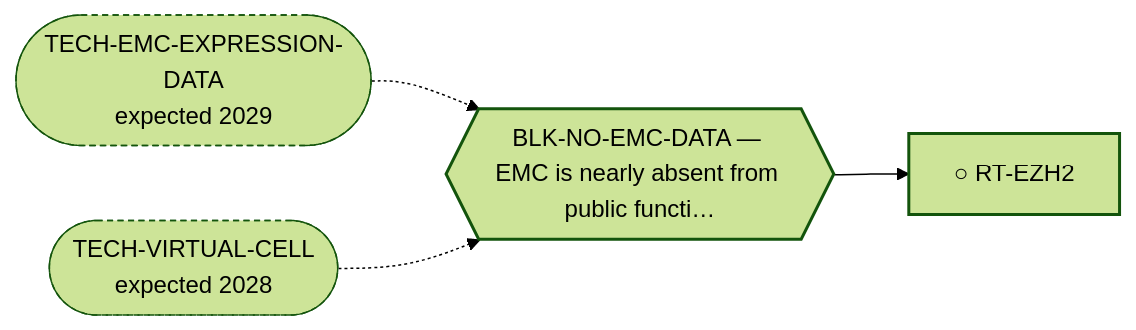
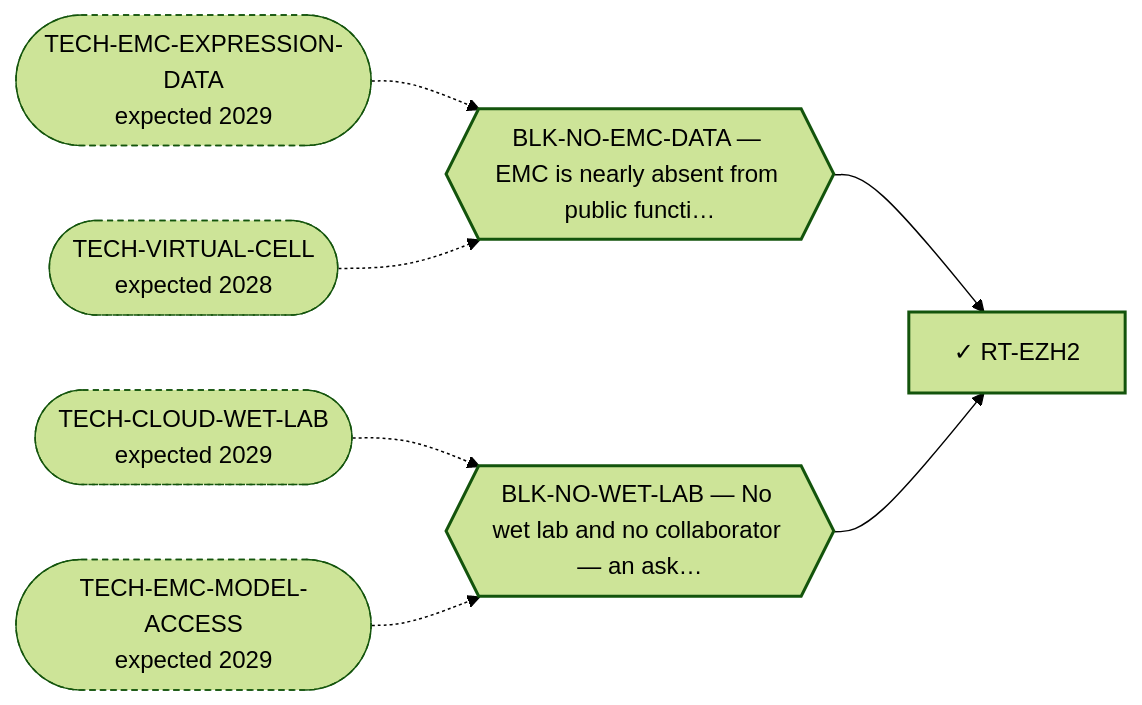
The diagram in systems/views/L2-rt-ezh2.md (trimcrae/Rare-cancers), drawn with Mermaid (forest theme) before and after one commit. The commit also changed other lines of this file and 13 other files, not shown here.

````diff
--- a/systems/views/L2-rt-ezh2.md
+++ b/systems/views/L2-rt-ezh2.md
@@ -27,14 +27,20 @@
 ```mermaid
 flowchart LR
-  RT_EZH2["○ RT-EZH2"]:::fam
+  RT_EZH2["✓ RT-EZH2"]:::fam
   BLK_NO_EMC_DATA{{"BLK-NO-EMC-DATA — EMC is nearly absent from public functi…"}}:::blk
   BLK_NO_EMC_DATA --> RT_EZH2
   TECH_EMC_EXPRESSION_DATA(["TECH-EMC-EXPRESSION-DATA<br/>expected 2029"]):::tech
   TECH_EMC_EXPRESSION_DATA -.-> BLK_NO_EMC_DATA
   TECH_VIRTUAL_CELL(["TECH-VIRTUAL-CELL<br/>expected 2028"]):::tech
   TECH_VIRTUAL_CELL -.-> BLK_NO_EMC_DATA
+  BLK_NO_WET_LAB{{"BLK-NO-WET-LAB — No wet lab and no collaborator — an ask…"}}:::blk
+  BLK_NO_WET_LAB --> RT_EZH2
+  TECH_CLOUD_WET_LAB(["TECH-CLOUD-WET-LAB<br/>expected 2029"]):::tech
+  TECH_CLOUD_WET_LAB -.-> BLK_NO_WET_LAB
+  TECH_EMC_MODEL_ACCESS(["TECH-EMC-MODEL-ACCESS<br/>expected 2029"]):::tech
+  TECH_EMC_MODEL_ACCESS -.-> BLK_NO_WET_LAB
   classDef fam stroke-width:2px;
   classDef blk stroke-width:2px;
   classDef perm stroke-width:4px;
   classDef tech stroke-width:1px,stroke-dasharray:4 3;
 ```
````
